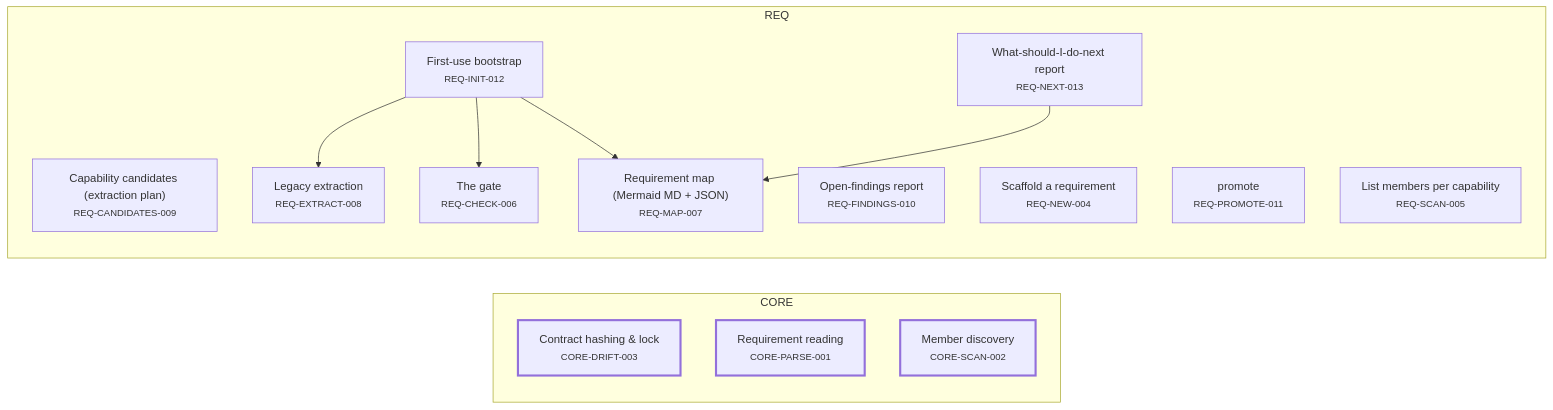
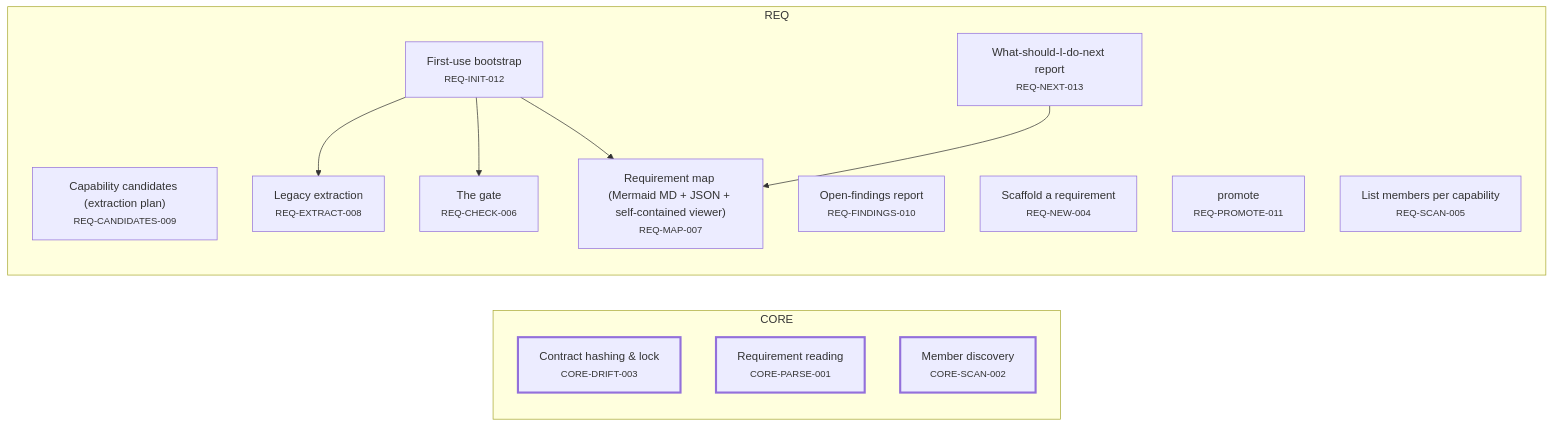
One commit to alxmax/Requirement-manager changed the first of 4 diagrams in plugin/requirements/_map.md. Above: the diagram before and after it, drawn with Mermaid. The commit also changed other lines of this file and 20 other files, not shown here.

First line of the commit message:
feat(viewer): self-contained _map.html generated by the engine

````diff
--- a/plugin/requirements/_map.md
+++ b/plugin/requirements/_map.md
@@ -13,27 +13,27 @@
 ```mermaid
 graph LR
   subgraph sg_CORE["CORE"]
     CORE_DRIFT_003["Contract hashing & lock<br><small>CORE-DRIFT-003</small>"]
     CORE_PARSE_001["Requirement reading<br><small>CORE-PARSE-001</small>"]
     CORE_SCAN_002["Member discovery<br><small>CORE-SCAN-002</small>"]
   end
   subgraph sg_REQ["REQ"]
     REQ_CANDIDATES_009["Capability candidates (extraction plan)<br><small>REQ-CANDIDATES-009</small>"]
     REQ_CHECK_006["The gate<br><small>REQ-CHECK-006</small>"]
     REQ_EXTRACT_008["Legacy extraction<br><small>REQ-EXTRACT-008</small>"]
     REQ_FINDINGS_010["Open-findings report<br><small>REQ-FINDINGS-010</small>"]
     REQ_INIT_012["First-use bootstrap<br><small>REQ-INIT-012</small>"]
-    REQ_MAP_007["Requirement map (Mermaid MD + JSON)<br><small>REQ-MAP-007</small>"]
+    REQ_MAP_007["Requirement map (Mermaid MD + JSON + self-contained viewer)<br><small>REQ-MAP-007</small>"]
     REQ_NEW_004["Scaffold a requirement<br><small>REQ-NEW-004</small>"]
     REQ_NEXT_013["What-should-I-do-next report<br><small>REQ-NEXT-013</small>"]
     REQ_PROMOTE_011["promote<br><small>REQ-PROMOTE-011</small>"]
     REQ_SCAN_005["List members per capability<br><small>REQ-SCAN-005</small>"]
   end
   REQ_INIT_012 --> REQ_EXTRACT_008
   REQ_INIT_012 --> REQ_CHECK_006
   REQ_INIT_012 --> REQ_MAP_007
   REQ_NEXT_013 --> REQ_MAP_007
   style CORE_DRIFT_003 stroke-width:3px
   style CORE_PARSE_001 stroke-width:3px
   style CORE_SCAN_002 stroke-width:3px
 ```
````
